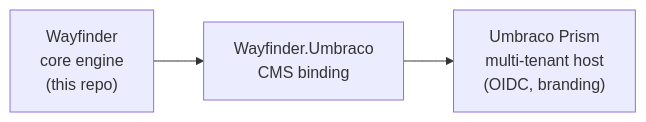
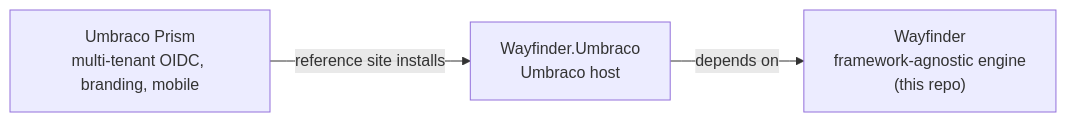
Before and after one commit to jonnymuir/Wayfinder: the diagram in README.md, drawn with Mermaid. The commit also changed other lines of this file and 54 other files, not shown here.

````diff
--- a/README.md
+++ b/README.md
@@ -32,5 +32,5 @@
 ```mermaid
 graph LR
-  WF["Wayfinder<br/>core engine<br/>(this repo)"] --> WFU["Wayfinder.Umbraco<br/>CMS binding"]
-  WFU --> PRISM["Umbraco Prism<br/>multi-tenant host<br/>(OIDC, branding)"]
+  PRISM["Umbraco Prism<br/>multi-tenant OIDC, branding, mobile"] -- "reference site installs" --> WFU["Wayfinder.Umbraco<br/>Umbraco host"]
+  WFU -- "depends on" --> WF["Wayfinder<br/>framework-agnostic engine<br/>(this repo)"]
 ```
````
